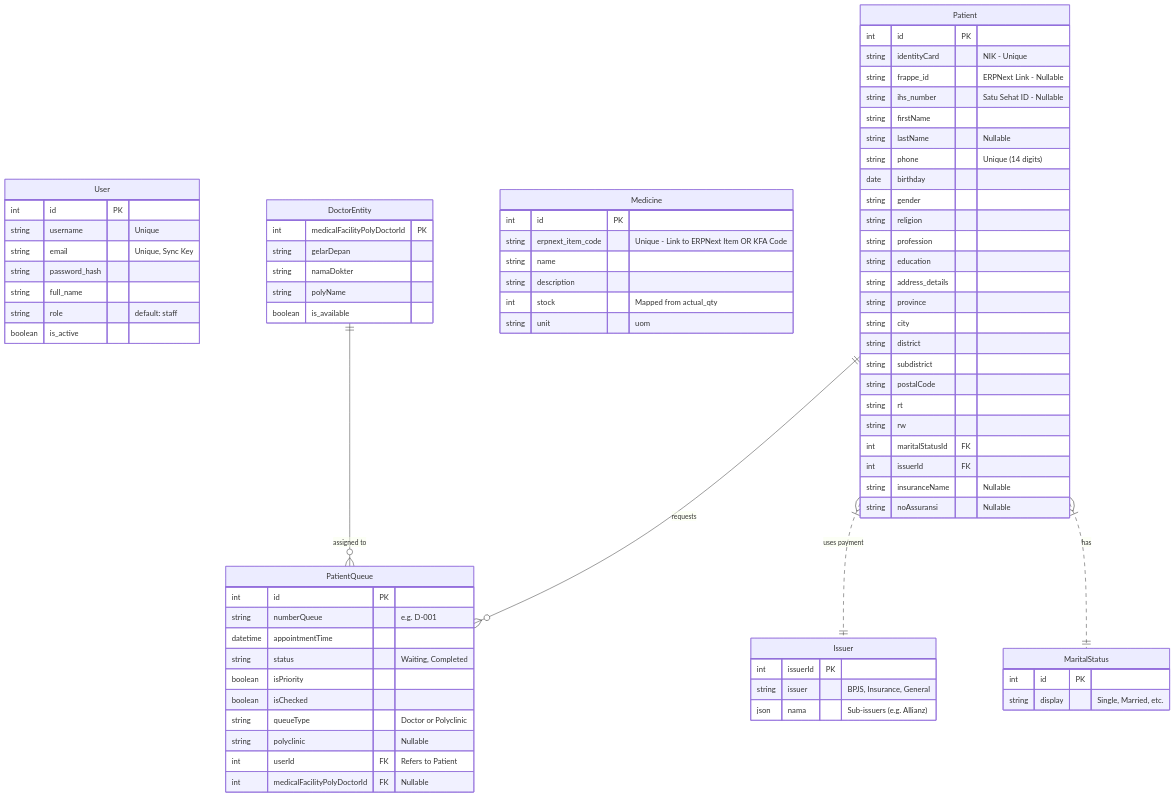
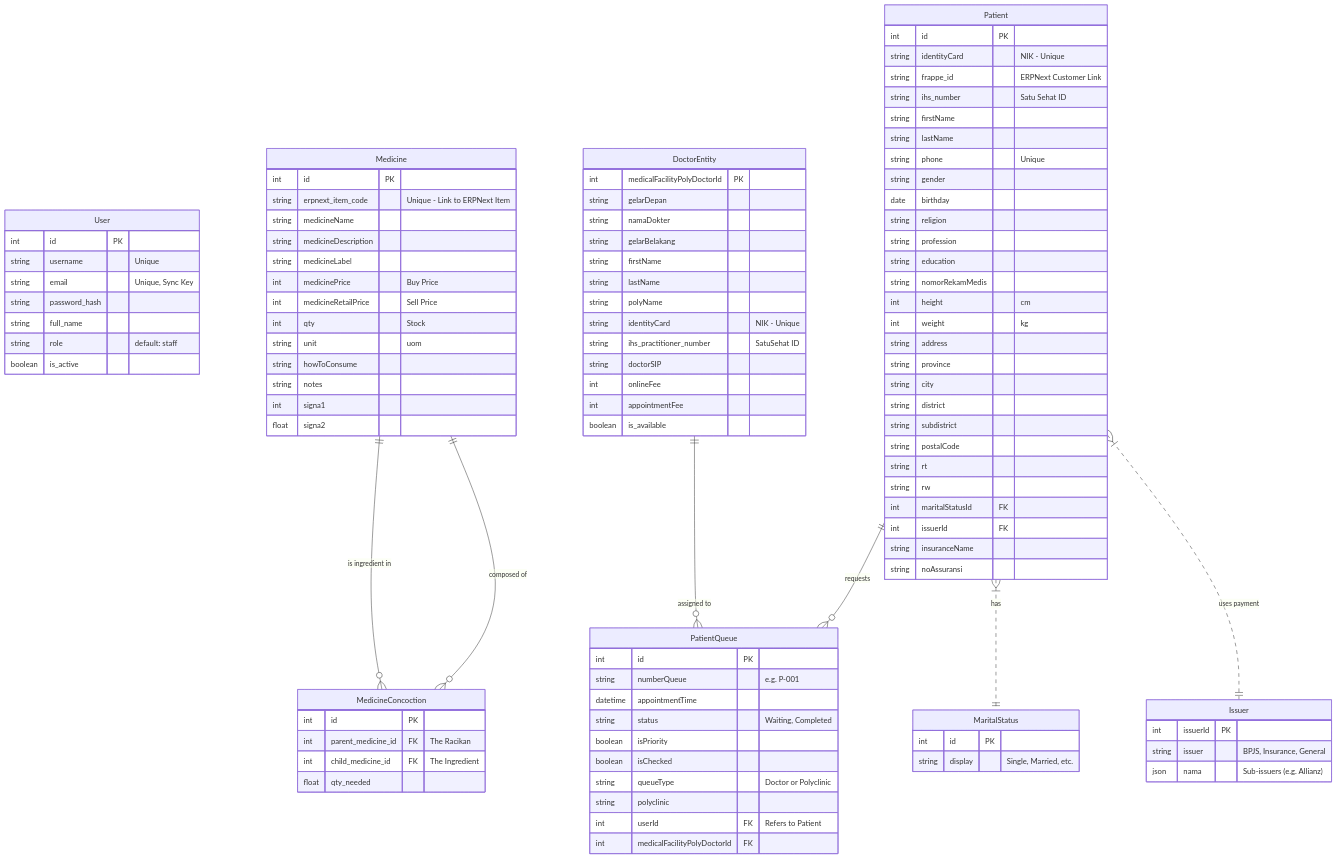
The diagram in docs/ERD_Klinik Admin.md (giangawatsu016/Klinik_FrontDesk), drawn with Mermaid before and after one commit. The commit also changed other lines of this file and 3 other files, not shown here.

Commit message:
Update Documentation: FSD, ERD, PRD, and Implementation History to v2.3

````diff
--- a/docs/ERD_Klinik Admin.md
+++ b/docs/ERD_Klinik Admin.md
@@ -32,35 +33,61 @@
         int medicalFacilityPolyDoctorId PK
         string gelarDepan
         string namaDokter
+        string gelarBelakang
+        string firstName
+        string lastName
         string polyName
+        string identityCard "NIK - Unique"
+        string ihs_practitioner_number "SatuSehat ID"
+        string doctorSIP
+        int onlineFee
+        int appointmentFee
         boolean is_available
     }
 
     %% Core: Medicine
     Medicine {
         int id PK
-        string erpnext_item_code "Unique - Link to ERPNext Item OR KFA Code"
-        string name
-        string description
-        int stock "Mapped from actual_qty"
+        string erpnext_item_code "Unique - Link to ERPNext Item"
+        string medicineName
+        string medicineDescription
+        string medicineLabel
+        int medicinePrice "Buy Price"
+        int medicineRetailPrice "Sell Price"
+        int qty "Stock"
         string unit "uom"
+        string howToConsume
+        string notes
+        int signa1
+        float signa2
+    }
+
+    %% Core: Medicine Concoction (Racikan)
+    MedicineConcoction {
+        int id PK
+        int parent_medicine_id FK "The Racikan"
+        int child_medicine_id FK "The Ingredient"
+        float qty_needed
     }
 
     %% Core: Patient
     Patient {
         int id PK
         string identityCard "NIK - Unique"
-        string frappe_id "ERPNext Link - Nullable"
-        string ihs_number "Satu Sehat ID - Nullable"
+        string frappe_id "ERPNext Customer Link"
+        string ihs_number "Satu Sehat ID"
         string firstName
-        string lastName "Nullable"
-        string phone "Unique (14 digits)"
+        string lastName
+        string phone "Unique"
+        string gender
         date birthday
-        string gender
         string religion
         string profession
         string education
-        string address_details
+        string nomorRekamMedis
+        int height "cm"
+        int weight "kg"
+        string address
         string province
         string city
         string district
@@ -70,22 +97,22 @@
         string rw
         int maritalStatusId FK
         int issuerId FK
-        string insuranceName "Nullable"
-        string noAssuransi "Nullable"
+        string insuranceName
+        string noAssuransi
     }
 
     %% Core: Queue
     PatientQueue {
         int id PK
-        string numberQueue "e.g. D-001"
+        string numberQueue "e.g. P-001"
         datetime appointmentTime
         string status "Waiting, Completed"
         boolean isPriority
         boolean isChecked
         string queueType "Doctor or Polyclinic"
-        string polyclinic "Nullable"
+        string polyclinic
         int userId FK "Refers to Patient"
-        int medicalFacilityPolyDoctorId FK "Nullable"
+        int medicalFacilityPolyDoctorId FK
     }
 
     %% Relationships
@@ -93,5 +120,7 @@
     Patient }|..|| Issuer : "uses payment"
     Patient ||--o{ PatientQueue : "requests"
     DoctorEntity ||--o{ PatientQueue : "assigned to"
+    Medicine ||--o{ MedicineConcoction : "composed of"
+    Medicine ||--o{ MedicineConcoction : "is ingredient in"
 
 ```
````
